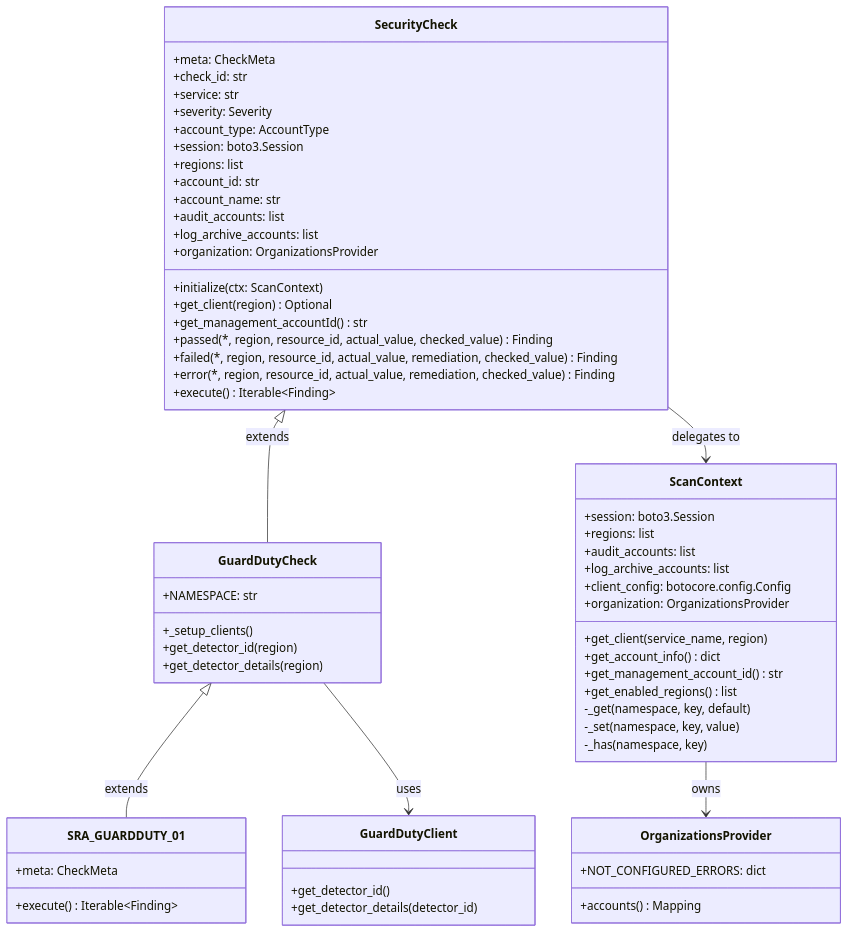
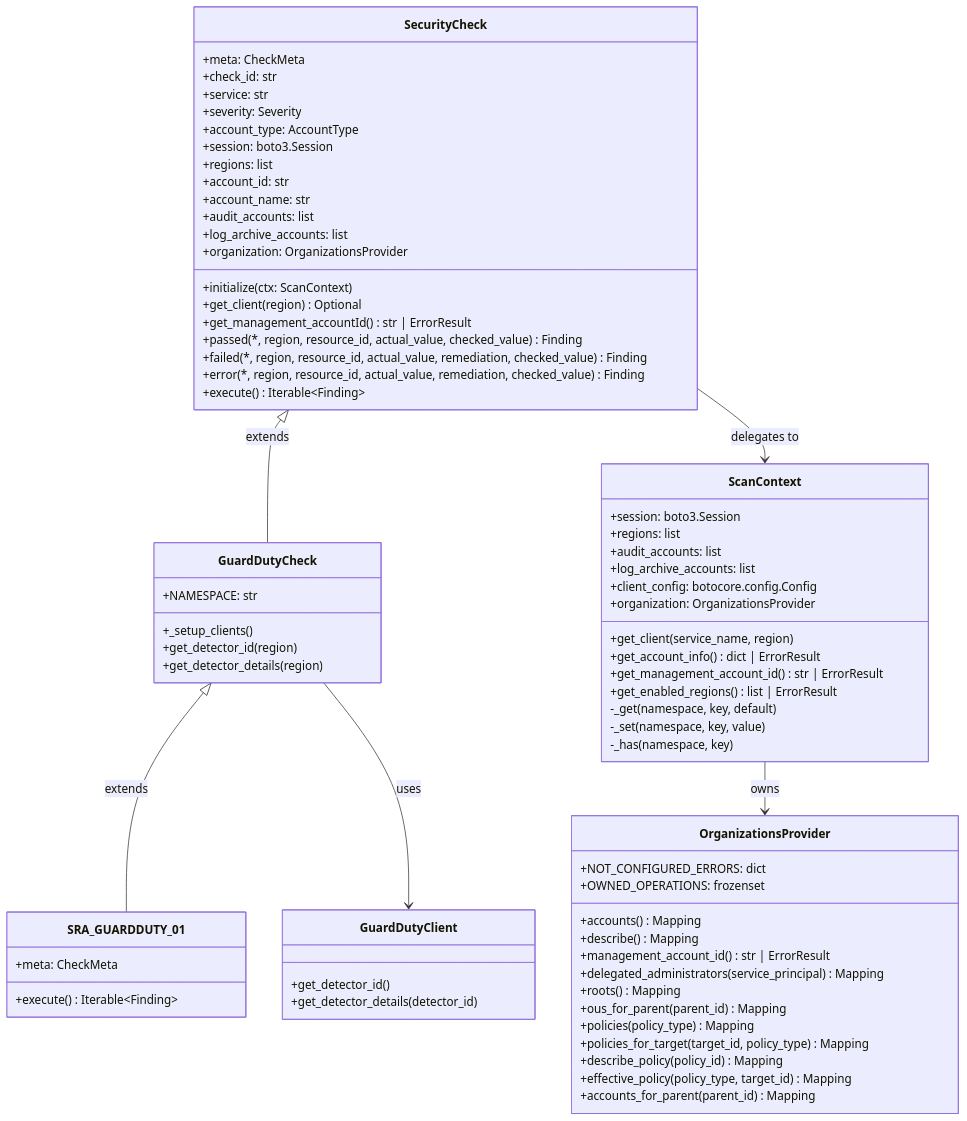
Before and after one commit to awslabs/sra-verify: the diagram in sraverify/README.md, drawn with Mermaid. The commit also changed other lines of this file and 41 other files, not shown here.

````diff
--- a/sraverify/README.md
+++ b/sraverify/README.md
@@ -83,68 +83,79 @@
 ```mermaid
 classDiagram
     class SecurityCheck {
         +meta: CheckMeta
         +check_id: str
         +service: str
         +severity: Severity
         +account_type: AccountType
         +session: boto3.Session
         +regions: list
         +account_id: str
         +account_name: str
         +audit_accounts: list
         +log_archive_accounts: list
         +organization: OrganizationsProvider
         +initialize(ctx: ScanContext)
         +get_client(region) Optional
-        +get_management_accountId() str
+        +get_management_accountId() str | ErrorResult
         +passed(*, region, resource_id, actual_value, checked_value) Finding
         +failed(*, region, resource_id, actual_value, remediation, checked_value) Finding
         +error(*, region, resource_id, actual_value, remediation, checked_value) Finding
         +execute() Iterable~Finding~
     }
 
     class ScanContext {
         +session: boto3.Session
         +regions: list
         +audit_accounts: list
         +log_archive_accounts: list
         +client_config: botocore.config.Config
         +organization: OrganizationsProvider
         +get_client(service_name, region)
-        +get_account_info() dict
-        +get_management_account_id() str
-        +get_enabled_regions() list
+        +get_account_info() dict | ErrorResult
+        +get_management_account_id() str | ErrorResult
+        +get_enabled_regions() list | ErrorResult
         -_get(namespace, key, default)
         -_set(namespace, key, value)
         -_has(namespace, key)
     }
 
     class OrganizationsProvider {
         +NOT_CONFIGURED_ERRORS: dict
+        +OWNED_OPERATIONS: frozenset
         +accounts() Mapping
+        +describe() Mapping
+        +management_account_id() str | ErrorResult
+        +delegated_administrators(service_principal) Mapping
+        +roots() Mapping
+        +ous_for_parent(parent_id) Mapping
+        +policies(policy_type) Mapping
+        +policies_for_target(target_id, policy_type) Mapping
+        +describe_policy(policy_id) Mapping
+        +effective_policy(policy_type, target_id) Mapping
+        +accounts_for_parent(parent_id) Mapping
     }
 
     class GuardDutyCheck {
         +NAMESPACE: str
         +_setup_clients()
         +get_detector_id(region)
         +get_detector_details(region)
     }
 
     class GuardDutyClient {
         +get_detector_id()
         +get_detector_details(detector_id)
     }
 
     class SRA_GUARDDUTY_01 {
         +meta: CheckMeta
         +execute() Iterable~Finding~
     }
 
     SecurityCheck <|-- GuardDutyCheck : extends
     GuardDutyCheck <|-- SRA_GUARDDUTY_01 : extends
     GuardDutyCheck --> GuardDutyClient : uses
     SecurityCheck --> ScanContext : delegates to
     ScanContext --> OrganizationsProvider : owns
 ```
````
